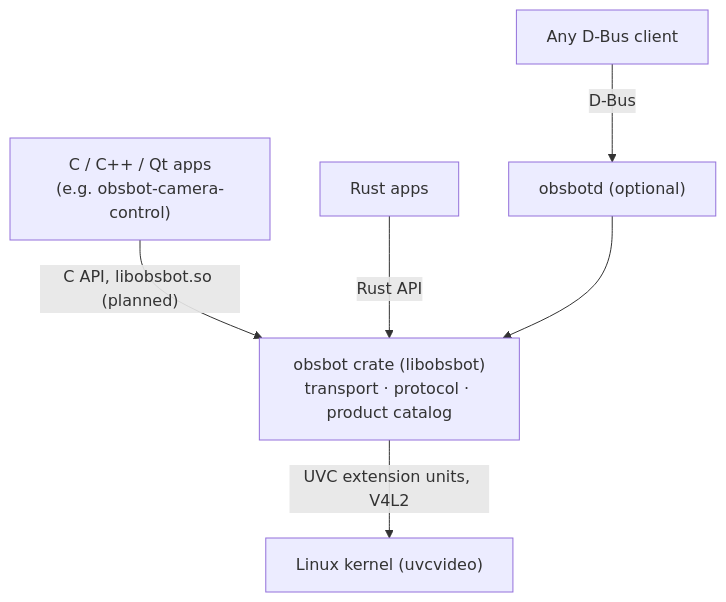
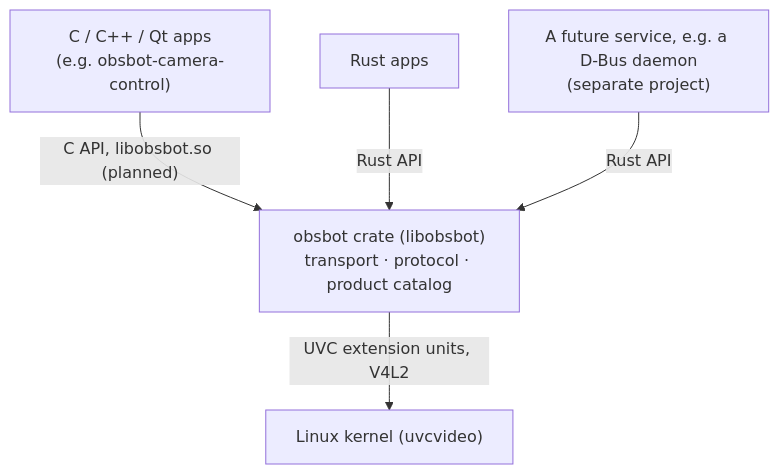
The diagram in README.md (aaronsb/obsbotctl), drawn with Mermaid before and after one commit. The commit also changed other lines of this file and 12 other files, not shown here.

First line of the commit message:
refactor: drop obsbotd and its D-Bus scaffolding from this repository

````diff
--- a/README.md
+++ b/README.md
@@ -25,7 +24,7 @@
 ```mermaid
 flowchart TD
     cpp["C / C++ / Qt apps<br>(e.g. obsbot-camera-control)"] -->|"C API, libobsbot.so (planned)"| lib
     rust["Rust apps"] -->|Rust API| lib
-    dbus["Any D-Bus client"] -->|D-Bus| daemon["obsbotd (optional)"] --> lib
+    svc["A future service, e.g. a D-Bus daemon<br>(separate project)"] -->|Rust API| lib
     lib["obsbot crate (libobsbot)<br>transport · protocol · product catalog"] -->|"UVC extension units, V4L2"| kernel["Linux kernel (uvcvideo)"]
 ```
````
